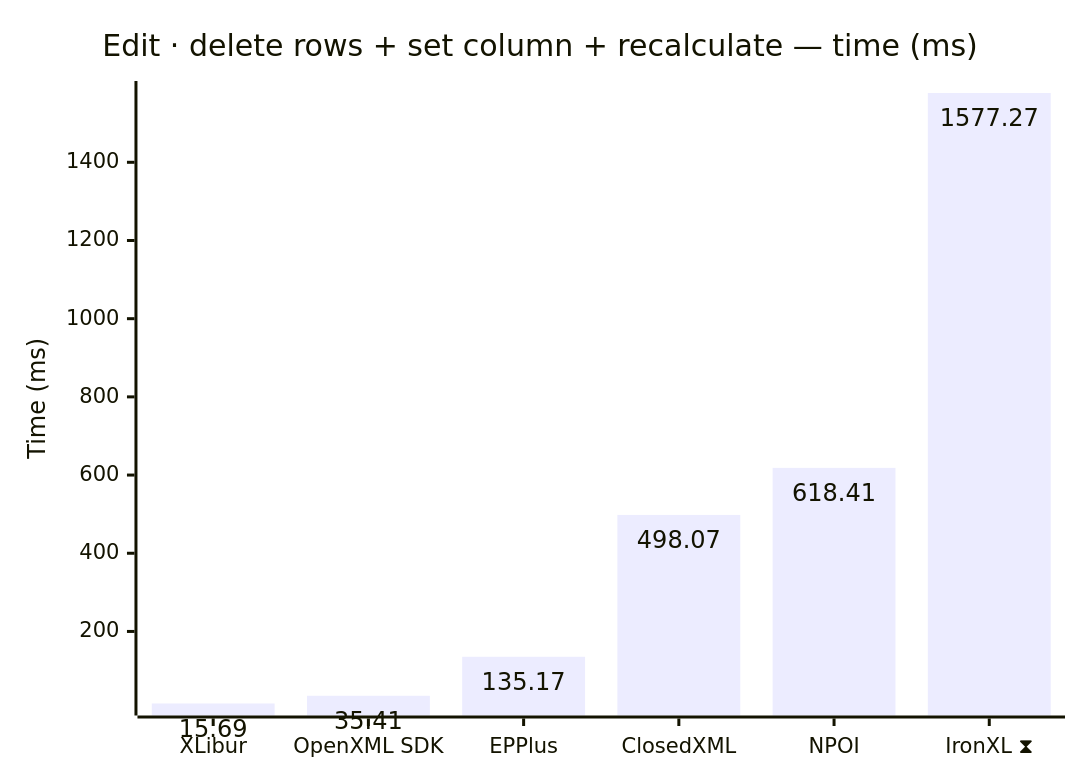
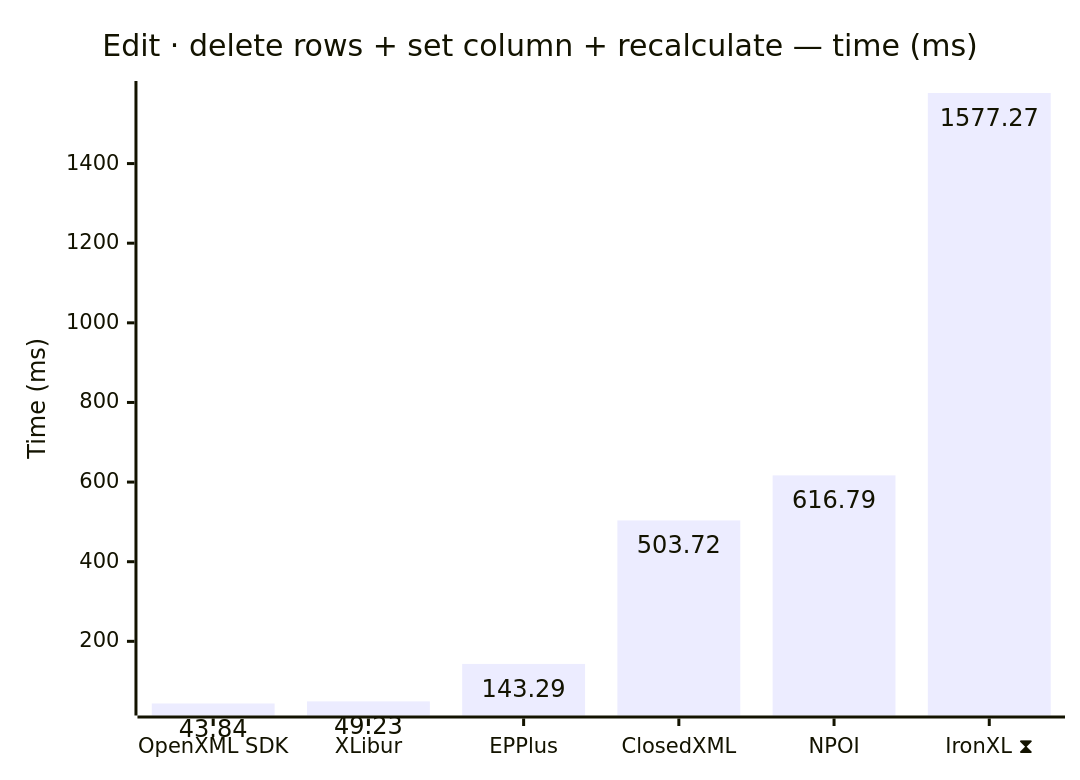
Before and after one commit to jafin/XLBench: the ninth of 12 diagrams in docs/results-ci.md, drawn with Mermaid. The commit also changed other lines of this file, not shown here.

````diff
--- a/docs/results-ci.md
+++ b/docs/results-ci.md
@@ -145,12 +145,12 @@
 ```mermaid
 ---
 config:
   xyChart:
     showDataLabel: true
 ---
 xychart-beta
     title "Edit · delete rows + set column + recalculate — time (ms)"
-    x-axis ["XLibur", "OpenXML SDK", "EPPlus", "ClosedXML", "NPOI", "IronXL ⧗"]
+    x-axis ["OpenXML SDK", "XLibur", "EPPlus", "ClosedXML", "NPOI", "IronXL ⧗"]
     y-axis "Time (ms)"
-    bar [15.69, 35.41, 135.17, 498.07, 618.41, 1577.27]
+    bar [43.84, 49.23, 143.29, 503.72, 616.79, 1577.27]
 ```
````
